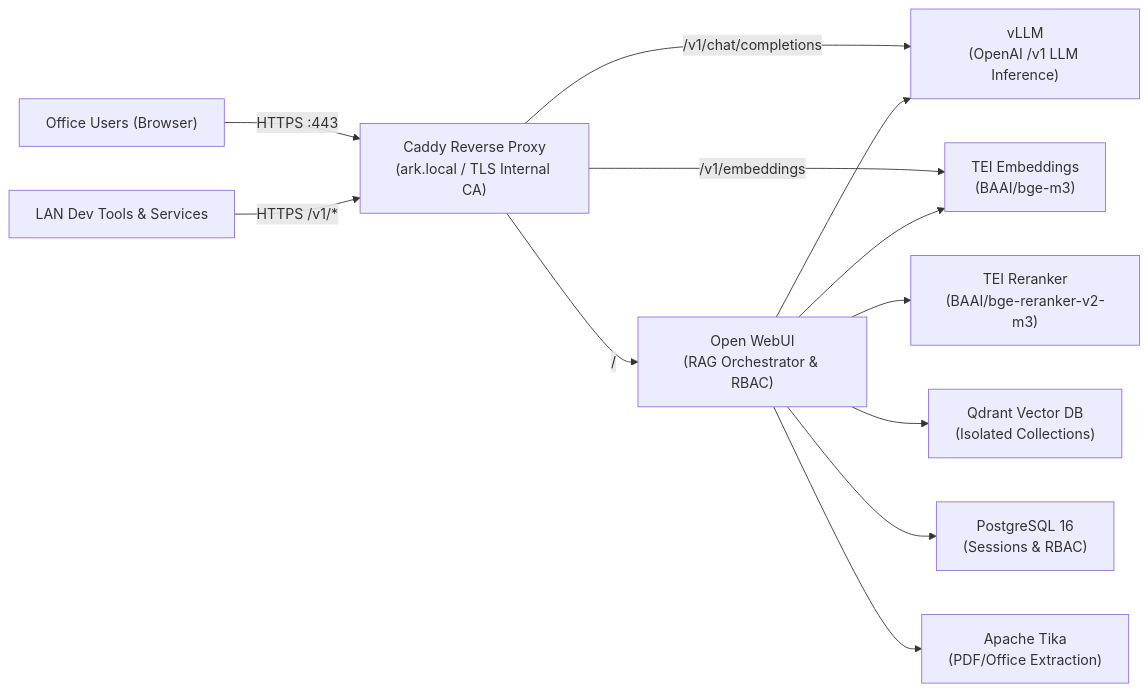
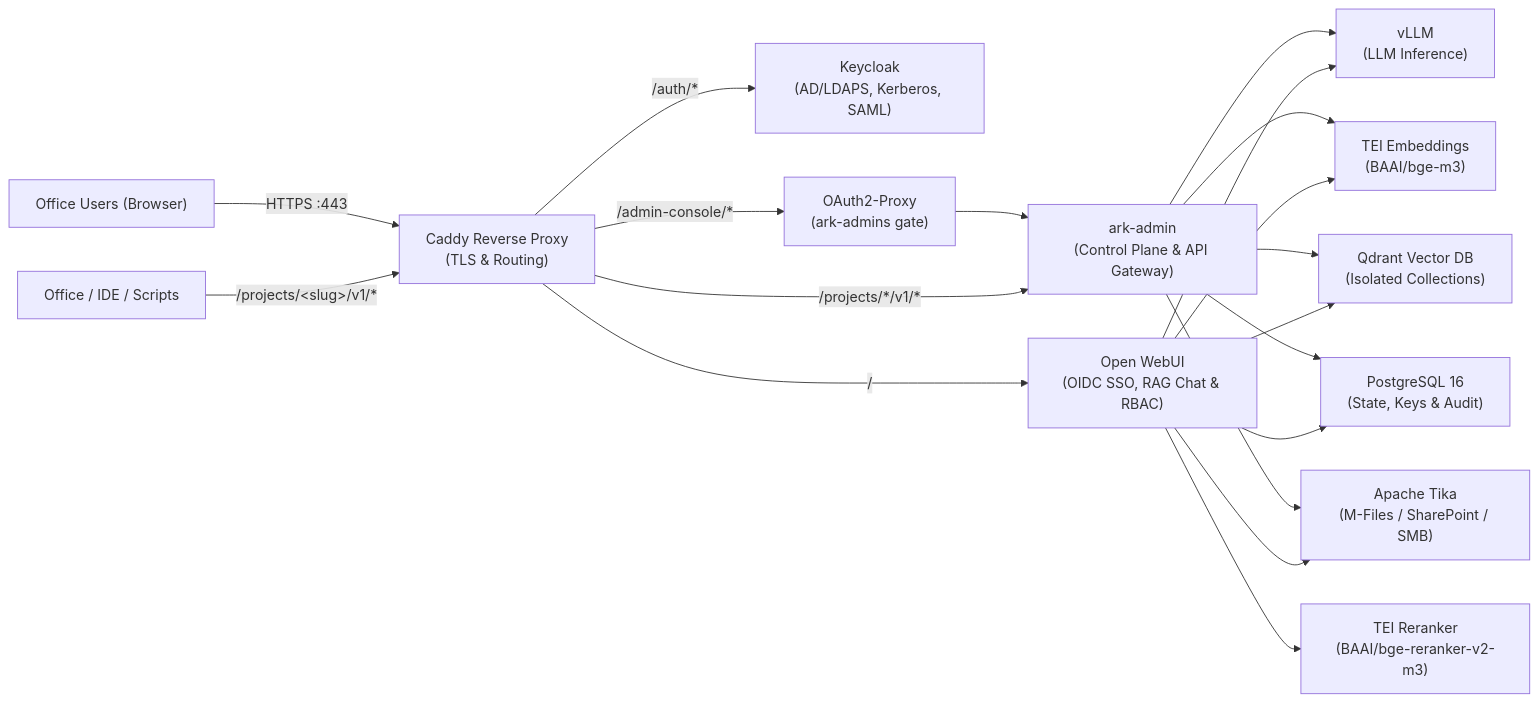
The diagram in README.md (vaernes/ARK), drawn with Mermaid before and after one commit. The commit also changed other lines of this file and 6 other files, not shown here.

````diff
--- a/README.md
+++ b/README.md
@@ -9,16 +12,24 @@
 ```mermaid
 flowchart LR
-    Users["Office Users (Browser)"] -->|HTTPS :443| Caddy["Caddy Reverse Proxy\n(ark.local / TLS Internal CA)"]
-    DevTools["LAN Dev Tools & Services"] -->|HTTPS /v1/*| Caddy
+    Users["Office Users (Browser)"] -->|HTTPS :443| Caddy["Caddy Reverse Proxy\n(TLS & Routing)"]
+    DevTools["Office / IDE / Scripts"] -->|"/projects/&lt;slug&gt;/v1/*"| Caddy
 
-    Caddy -->|"/"| OpenWebUI["Open WebUI\n(RAG Orchestrator & RBAC)"]
-    Caddy -->|"/v1/chat/completions"| vLLM["vLLM\n(OpenAI /v1 LLM Inference)"]
-    Caddy -->|"/v1/embeddings"| TEIEmbed["TEI Embeddings\n(BAAI/bge-m3)"]
+    Caddy -->|"/auth/*"| Keycloak["Keycloak\n(AD/LDAPS, Kerberos, SAML)"]
+    Caddy -->|"/admin-console/*"| OAuthProxy["OAuth2-Proxy\n(ark-admins gate)"]
+    OAuthProxy --> ArkAdmin["ark-admin\n(Control Plane & API Gateway)"]
+    Caddy -->|"/projects/*/v1/*"| ArkAdmin
+    Caddy -->|"/"| OpenWebUI["Open WebUI\n(OIDC SSO, RAG Chat & RBAC)"]
+
+    ArkAdmin --> vLLM["vLLM\n(LLM Inference)"]
+    ArkAdmin --> TEIEmbed["TEI Embeddings\n(BAAI/bge-m3)"]
+    ArkAdmin --> Qdrant["Qdrant Vector DB\n(Isolated Collections)"]
+    ArkAdmin --> Postgres["PostgreSQL 16\n(State, Keys & Audit)"]
+    ArkAdmin --> Tika["Apache Tika\n(M-Files / SharePoint / SMB)"]
 
     OpenWebUI --> vLLM
     OpenWebUI --> TEIEmbed
     OpenWebUI --> TEIRerank["TEI Reranker\n(BAAI/bge-reranker-v2-m3)"]
-    OpenWebUI --> Qdrant["Qdrant Vector DB\n(Isolated Collections)"]
-    OpenWebUI --> Postgres["PostgreSQL 16\n(Sessions & RBAC)"]
-    OpenWebUI --> Tika["Apache Tika\n(PDF/Office Extraction)"]
+    OpenWebUI --> Qdrant
+    OpenWebUI --> Postgres
+    OpenWebUI --> Tika
 ```
````
